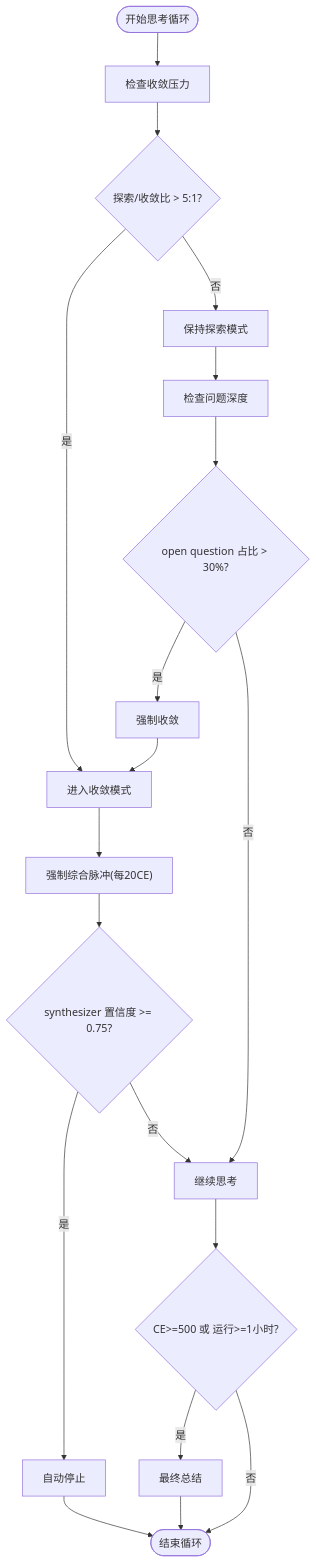
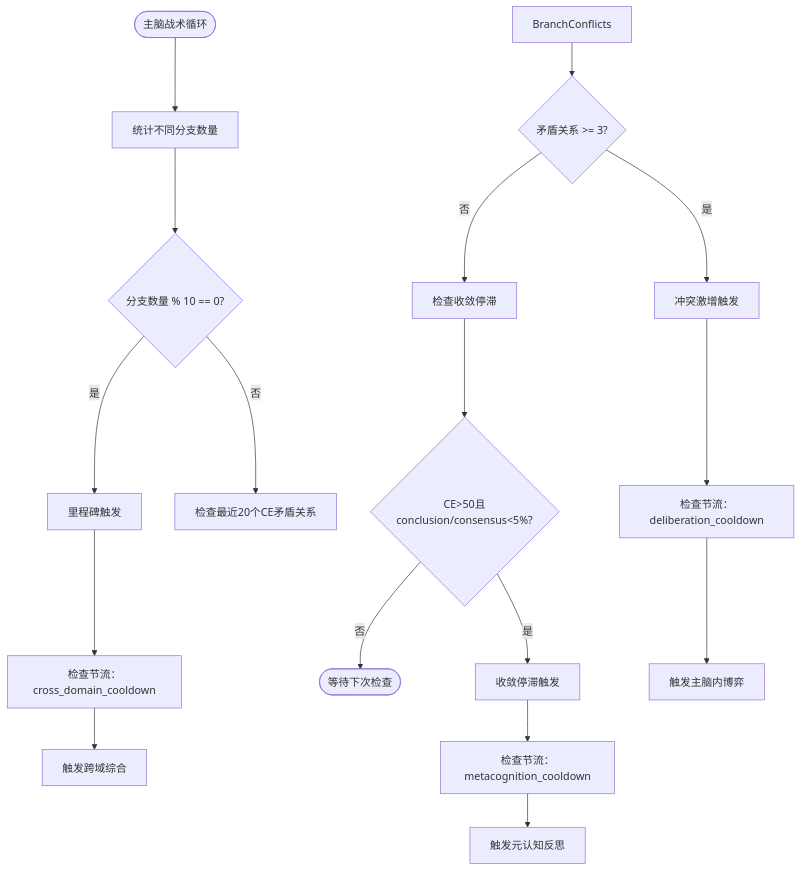
One commit to GDY-ai/AInstein changed the third of 11 diagrams in .qoder/repowiki/zh/content/系统架构/硅基大脑蓝图/硅基大脑蓝图.md. Above: the diagram before and after it, drawn with Mermaid. The commit also changed other lines of this file and 90 other files, not shown here.

````diff
--- a/.qoder/repowiki/zh/content/系统架构/硅基大脑蓝图/硅基大脑蓝图.md
+++ b/.qoder/repowiki/zh/content/系统架构/硅基大脑蓝图/硅基大脑蓝图.md
@@ -201,21 +223,19 @@
 ```mermaid
 flowchart TD
-Start(["开始思考循环"]) --> CheckPressure["检查收敛压力"]
-CheckPressure --> Ratio{"探索/收敛比 > 5:1?"}
-Ratio --> |是| ConvergeMode["进入收敛模式"]
-Ratio --> |否| ExploreMode["保持探索模式"]
-ConvergeMode --> ForceSynth["强制综合脉冲(每20CE)"]
-ForceSynth --> SynthCheck{"synthesizer 置信度 >= 0.75?"}
-SynthCheck --> |是| AutoStop["自动停止"]
-SynthCheck --> |否| Continue["继续思考"]
-ExploreMode --> QuestionDepth["检查问题深度"]
-QuestionDepth --> OpenQ{"open question 占比 > 30%?"}
-OpenQ --> |是| ForceConverge["强制收敛"]
-OpenQ --> |否| Continue
-ForceConverge --> ConvergeMode
-Continue --> Fallback{"CE>=500 或 运行>=1小时?"}
-Fallback --> |是| FinalSummary["最终总结"]
-Fallback --> |否| End(["结束循环"])
-AutoStop --> End
-FinalSummary --> End
+Start(["主脑战术循环"]) --> CheckBranches["统计不同分支数量"]
+CheckBranches --> BranchCount{"分支数量 % 10 == 0?"}
+BranchCount --> |是| Milestone["里程碑触发"]
+BranchCount --> |否| CheckConflicts["检查最近20个CE矛盾关系"]
+BranchConflicts --> ConflictCount{"矛盾关系 >= 3?"}
+ConflictCount --> |是| ConflictTrigger["冲突激增触发"]
+ConflictCount --> |否| CheckStagnation["检查收敛停滞"]
+CheckStagnation --> Stagnation{"CE>50且conclusion/consensus<5%?"}
+Stagnation --> |是| StagnationTrigger["收敛停滞触发"]
+Stagnation --> |否| End(["等待下次检查"])
+Milestone --> Throttle1["检查节流：cross_domain_cooldown"]
+Throttle1 --> TriggerCrossDomain["触发跨域综合"]
+ConflictTrigger --> Throttle2["检查节流：deliberation_cooldown"]
+Throttle2 --> TriggerDeliberation["触发主脑内博弈"]
+StagnationTrigger --> Throttle3["检查节流：metacognition_cooldown"]
+Throttle3 --> TriggerMetacog["触发元认知反思"]
 ```
````
